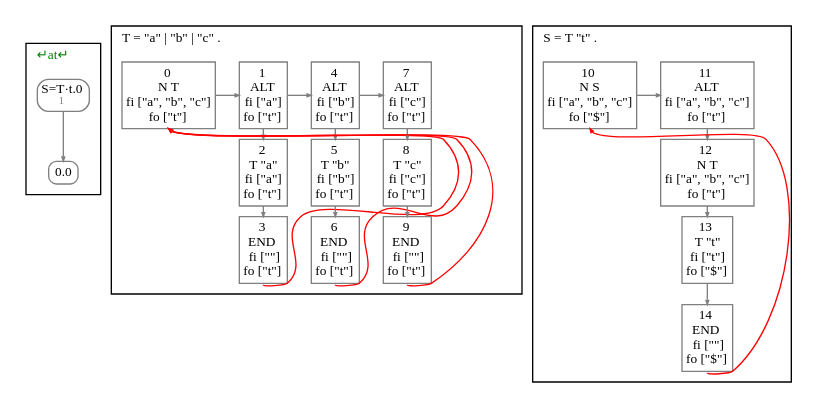
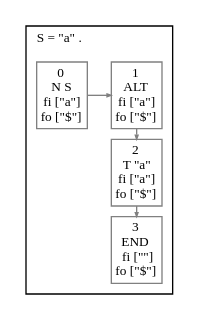
One commit to JanWillemBrands/AoC2021 changed the diagram in ART.gv. Above: the diagram before and after it, drawn with Graphviz. The commit also changed 17 other files, not shown here.

```diff
--- a/ART.gv
+++ b/ART.gv
@@ -1,72 +1,32 @@
 digraph G {
   fontname = Menlo
   fontsize = 10
   node [fontname = Menlo, fontsize = 10, color = gray, height = 0, width = 0, margin= 0.04]
   edge [fontname = Menlo, fontsize = 10, color = gray, arrowsize = 0.3]
   graph [ranksep = 0.1]
   rankdir = "TB"
   subgraph GSS {
     cluster = true
-    label = <↵at↵> fontcolor = green
+    label = <↵a↵> fontcolor = red
     labeljust = l
     node [shape = box, style = rounded, height = 0]
-    13.0 [label = <S=T·t.0<br/><font color="gray" point-size="8.0"> 1</font>>]
-    13.0 -> 0.0
-  }
-  subgraph clusterT {
-    node [shape = box]
-    label = <T = "a" | "b" | "c" .>
-    labeljust = l
-    TR0C0 [label = <0<br/>N T<br/>fi ["a", "b", "c"]<br/>fo ["t"]>]
-    TR0C1 [label = <1<br/>ALT <br/>fi ["a"]<br/>fo ["t"]>]
-    TR1C1 [label = <2<br/>T "a"<br/>fi ["a"]<br/>fo ["t"]>]
-    TR2C1 [label = <3<br/>END <br/>fi [""]<br/>fo ["t"]>]
-    TR1C1 -> TR2C1 [weight=100000000]
-    TR0C1 -> TR1C1 [weight=100000000]
-    TR0C2 [label = <4<br/>ALT <br/>fi ["b"]<br/>fo ["t"]>]
-    TR1C2 [label = <5<br/>T "b"<br/>fi ["b"]<br/>fo ["t"]>]
-    TR2C2 [label = <6<br/>END <br/>fi [""]<br/>fo ["t"]>]
-    TR1C2 -> TR2C2 [weight=100000000]
-    TR0C2 -> TR1C2 [weight=100000000]
-    TR0C3 [label = <7<br/>ALT <br/>fi ["c"]<br/>fo ["t"]>]
-    TR1C3 [label = <8<br/>T "c"<br/>fi ["c"]<br/>fo ["t"]>]
-    TR2C3 [label = <9<br/>END <br/>fi [""]<br/>fo ["t"]>]
-    TR1C3 -> TR2C3 [weight=100000000]
-    TR0C3 -> TR1C3 [weight=100000000]
-    rank = same {TR0C2 -> TR0C3}
-    rank = same {TR0C1 -> TR0C2}
-    rank = same {TR0C0 -> TR0C1}
-    node [style = invis]
-    edge [style = invis]
-    TR0C0 -> TR1C0 [weight=100000000]
-    rank = same {TR1C0 -> TR1C1}
-    TR1C0 -> TR2C0 [weight=100000000]
-    rank = same {TR2C0 -> TR2C1}
   }
   subgraph clusterS {
     node [shape = box]
-    label = <S = T "t" .>
+    label = <S = "a" .>
     labeljust = l
-    SR0C0 [label = <10<br/>N S<br/>fi ["a", "b", "c"]<br/>fo ["$"]>]
-    SR0C1 [label = <11<br/>ALT <br/>fi ["a", "b", "c"]<br/>fo ["t"]>]
-    SR1C1 [label = <12<br/>N T<br/>fi ["a", "b", "c"]<br/>fo ["t"]>]
-    SR2C1 [label = <13<br/>T "t"<br/>fi ["t"]<br/>fo ["$"]>]
-    SR3C1 [label = <14<br/>END <br/>fi [""]<br/>fo ["$"]>]
-    SR2C1 -> SR3C1 [weight=100000000]
+    SR0C0 [label = <0<br/>N S<br/>fi ["a"]<br/>fo ["$"]>]
+    SR0C1 [label = <1<br/>ALT <br/>fi ["a"]<br/>fo ["$"]>]
+    SR1C1 [label = <2<br/>T "a"<br/>fi ["a"]<br/>fo ["$"]>]
+    SR2C1 [label = <3<br/>END <br/>fi [""]<br/>fo ["$"]>]
     SR1C1 -> SR2C1 [weight=100000000]
     SR0C1 -> SR1C1 [weight=100000000]
     rank = same {SR0C0 -> SR0C1}
     node [style = invis]
     edge [style = invis]
     SR0C0 -> SR1C0 [weight=100000000]
     rank = same {SR1C0 -> SR1C1}
     SR1C0 -> SR2C0 [weight=100000000]
     rank = same {SR2C0 -> SR2C1}
-    SR2C0 -> SR3C0 [weight=100000000]
-    rank = same {SR3C0 -> SR3C1}
   }
-  TR2C1:s -> TR0C0:s [style = solid, color = red, constraint = false]
-  TR2C2:s -> TR0C0:s [style = solid, color = red, constraint = false]
-  TR2C3:s -> TR0C0:s [style = solid, color = red, constraint = false]
-  SR3C1:s -> SR0C0:s [style = solid, color = red, constraint = false]
 }
```
